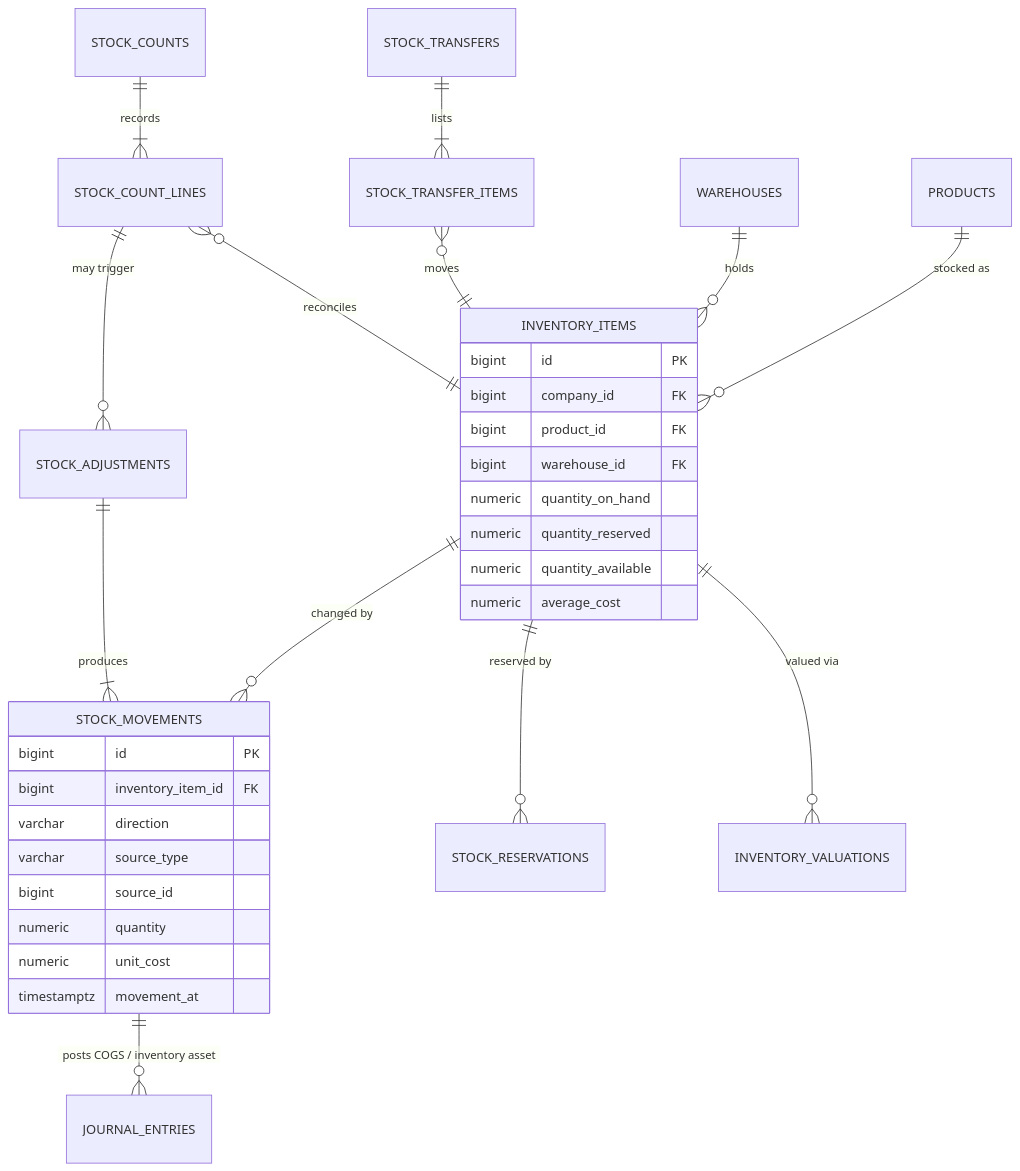
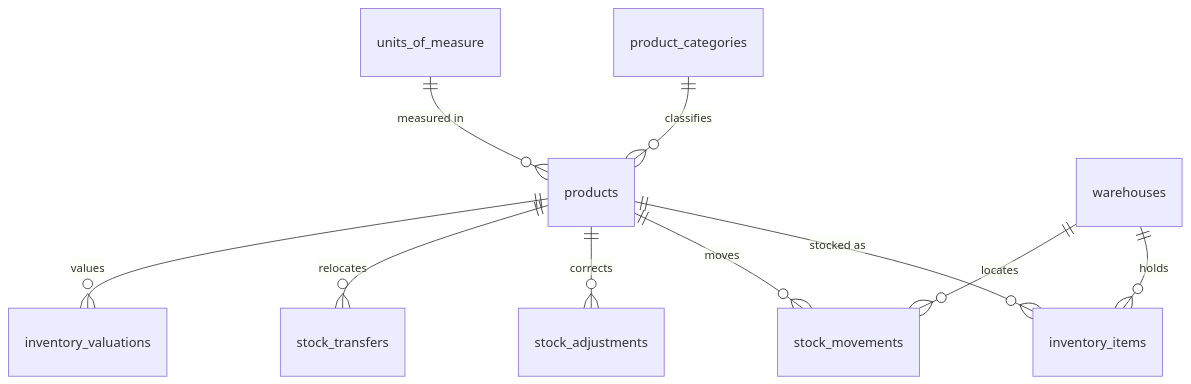
The eighth of 17 diagrams in docs/database/ERD.md (alievin0/QAYD), drawn with Mermaid before and after one commit. The commit also changed other lines of this file and 8 other files, not shown here.

````diff
--- a/docs/database/ERD.md
+++ b/docs/database/ERD.md
@@ -525,35 +2966,12 @@
 ```mermaid
 erDiagram
-    PRODUCTS ||--o{ INVENTORY_ITEMS : "stocked as"
-    WAREHOUSES ||--o{ INVENTORY_ITEMS : "holds"
-    INVENTORY_ITEMS {
-        bigint id PK
-        bigint company_id FK
-        bigint product_id FK
-        bigint warehouse_id FK
-        numeric quantity_on_hand
-        numeric quantity_reserved
-        numeric quantity_available
-        numeric average_cost
-    }
-    INVENTORY_ITEMS ||--o{ STOCK_MOVEMENTS : "changed by"
-    STOCK_MOVEMENTS {
-        bigint id PK
-        bigint inventory_item_id FK
-        varchar direction
-        varchar source_type
-        bigint source_id
-        numeric quantity
-        numeric unit_cost
-        timestamptz movement_at
-    }
-    INVENTORY_ITEMS ||--o{ STOCK_RESERVATIONS : "reserved by"
-    STOCK_ADJUSTMENTS ||--|{ STOCK_MOVEMENTS : "produces"
-    STOCK_TRANSFERS ||--|{ STOCK_TRANSFER_ITEMS : "lists"
-    STOCK_TRANSFER_ITEMS }o--|| INVENTORY_ITEMS : "moves"
-    STOCK_COUNTS ||--|{ STOCK_COUNT_LINES : "records"
-    STOCK_COUNT_LINES }o--|| INVENTORY_ITEMS : "reconciles"
-    STOCK_COUNT_LINES ||--o{ STOCK_ADJUSTMENTS : "may trigger"
-    INVENTORY_ITEMS ||--o{ INVENTORY_VALUATIONS : "valued via"
-    STOCK_MOVEMENTS ||--o{ JOURNAL_ENTRIES : "posts COGS / inventory asset"
+    product_categories ||--o{ products : "classifies"
+    products ||--o{ inventory_items : "stocked as"
+    warehouses ||--o{ inventory_items : "holds"
+    products ||--o{ stock_movements : "moves"
+    warehouses ||--o{ stock_movements : "locates"
+    products ||--o{ stock_adjustments : "corrects"
+    products ||--o{ stock_transfers : "relocates"
+    products ||--o{ inventory_valuations : "values"
+    units_of_measure ||--o{ products : "measured in"
 ```
````
